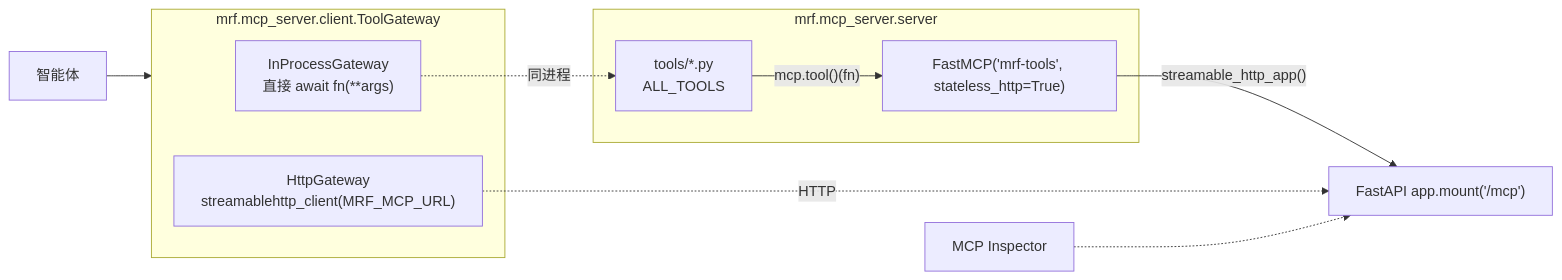
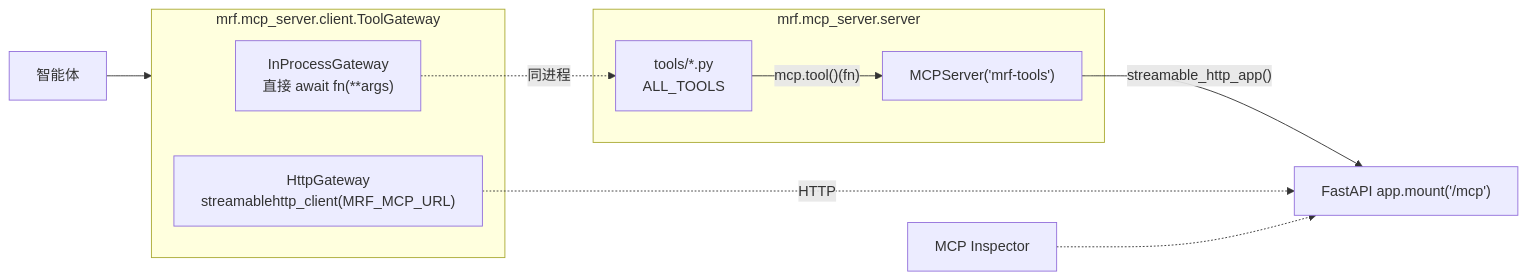
One commit to LuisWang709/EXL_JLWZ changed the seventh of 8 diagrams in docs/design/A1_orchestrator_api_design.md. Above: the diagram before and after it, drawn with Mermaid. The commit also changed other lines of this file and 50 other files, not shown here.

````diff
--- a/docs/design/A1_orchestrator_api_design.md
+++ b/docs/design/A1_orchestrator_api_design.md
@@ -363,16 +363,16 @@
 ```mermaid
 flowchart LR
     subgraph Server["mrf.mcp_server.server"]
-      F["FastMCP('mrf-tools', stateless_http=True)"]
+      F["MCPServer('mrf-tools')"]
       T["tools/*.py<br/>ALL_TOOLS"] -->|"mcp.tool()(fn)"| F
     end
     F -->|"streamable_http_app()"| M["FastAPI app.mount('/mcp')"]
     subgraph Client["mrf.mcp_server.client.ToolGateway"]
       IP["InProcessGateway<br/>直接 await fn(**args)"]
       HTTP["HttpGateway<br/>streamablehttp_client(MRF_MCP_URL)"]
     end
     AG[智能体] --> Client
     IP -. 同进程 .-> T
     HTTP -. HTTP .-> M
     Inspector[MCP Inspector] -.-> M
 ```
````
